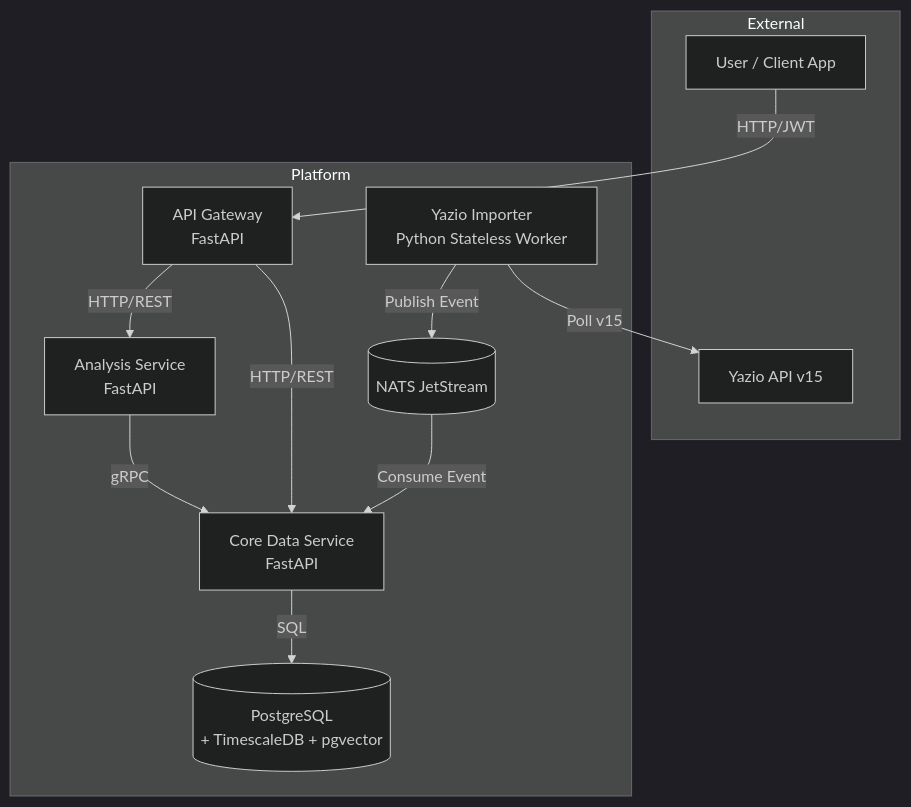
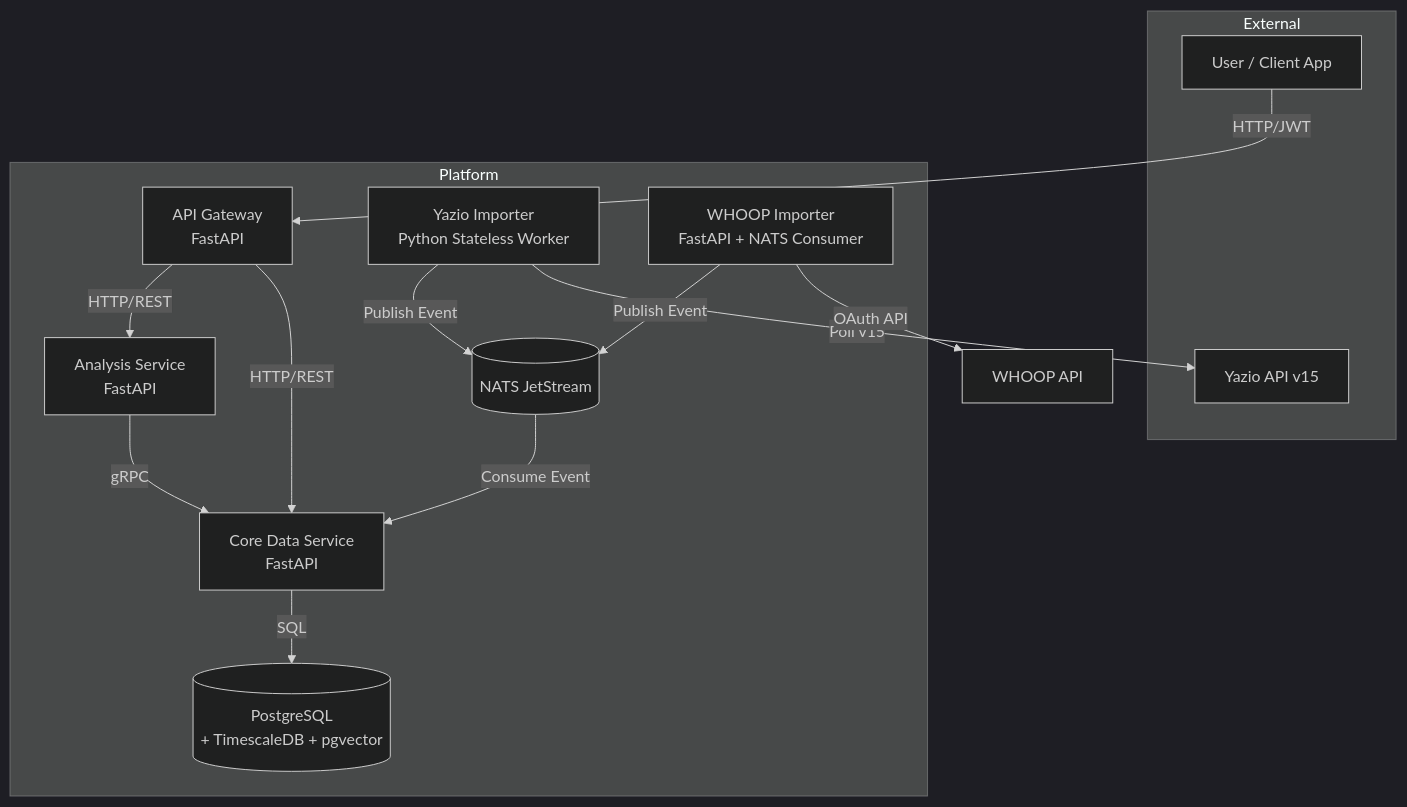
One commit to iamTim0/quantified-self changed the diagram in README.md. Above: the diagram before and after it, drawn with Mermaid (dark theme). The commit also changed other lines of this file and 13 other files, not shown here.

Commit message:
Add request-driven WHOOP importer

````diff
--- a/README.md
+++ b/README.md
@@ -13,28 +13,31 @@
 ```mermaid
 flowchart TD
     subgraph External
         Client[User / Client App]
         YazioAPI[Yazio API v15]
     end
 
     subgraph Platform
         Gateway[API Gateway\nFastAPI]
         Core[Core Data Service\nFastAPI]
         Analysis[Analysis Service\nFastAPI]
         YazioImporter[Yazio Importer\nPython Stateless Worker]
+        WhoopImporter[WHOOP Importer\nFastAPI + NATS Consumer]
         
         NATS[(NATS JetStream)]
         DB[(PostgreSQL\n+ TimescaleDB + pgvector)]
     end
 
     Client -->|HTTP/JWT| Gateway
     Gateway -->|HTTP/REST| Core
     Gateway -->|HTTP/REST| Analysis
     
     YazioImporter -->|Poll v15| YazioAPI
     YazioImporter -->|Publish Event| NATS
+    WhoopImporter -->|OAuth API| WHOOP[WHOOP API]
+    WhoopImporter -->|Publish Event| NATS
     NATS -->|Consume Event| Core
     Core -->|SQL| DB
     
     Analysis -->|gRPC| Core
 ```
````
